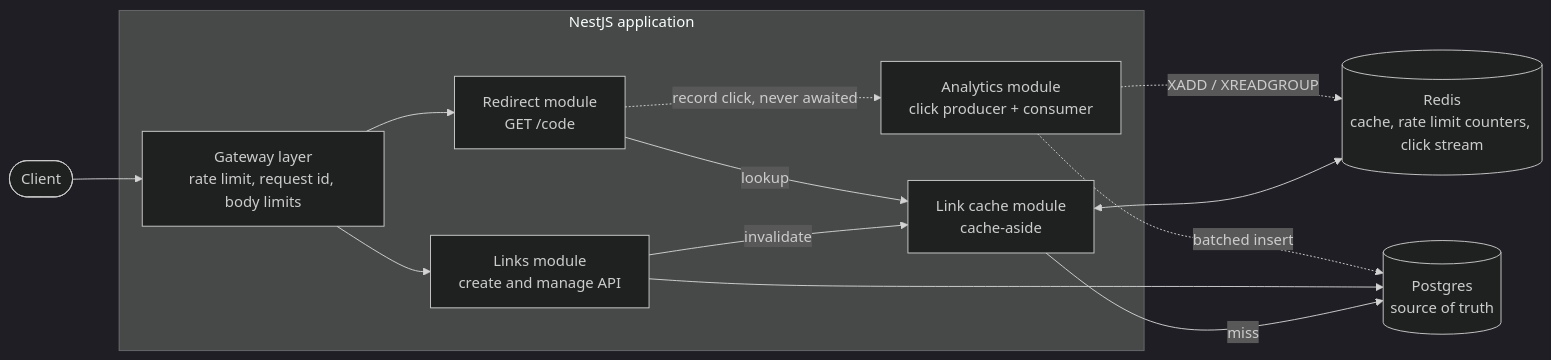
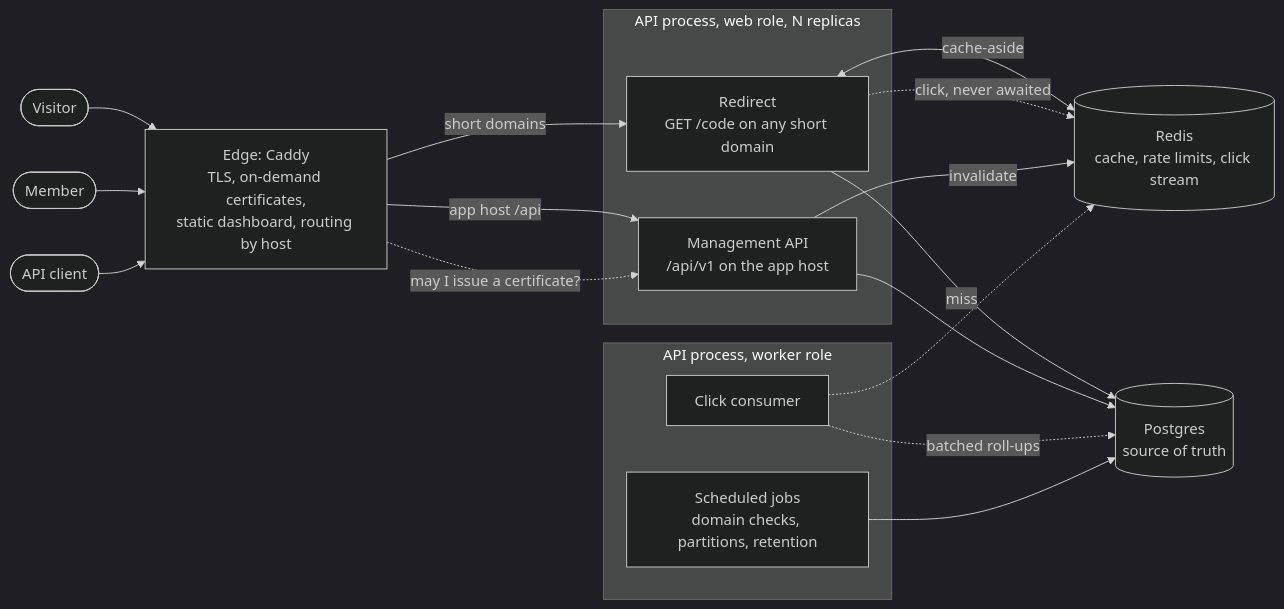
The first of 4 diagrams in docs/PRD.md (3376016376joshua-oss/url-shortener), drawn with Mermaid (dark theme) before and after one commit. The commit also changed other lines of this file and 159 other files, not shown here.

First line of the commit message:
Rescope to a production link management platform: PRD + monorepo foundation (#2)

````diff
--- a/docs/PRD.md
+++ b/docs/PRD.md
@@ -49,23 +71,31 @@
 ```mermaid
 flowchart LR
-  client([Client]) --> gw
+  visitor([Visitor]) --> edge
+  member([Member]) --> edge
+  program([API client]) --> edge
 
-  subgraph app[NestJS application]
-    gw[Gateway layer<br/>rate limit, request id, body limits]
-    links[Links module<br/>create and manage API]
-    redirect[Redirect module<br/>GET /code]
-    cache[Link cache module<br/>cache-aside]
-    analytics[Analytics module<br/>click producer + consumer]
-    gw --> links
-    gw --> redirect
-    links -->|invalidate| cache
-    redirect -->|lookup| cache
-    redirect -.->|record click, never awaited| analytics
+  edge[Edge: Caddy<br/>TLS, on-demand certificates,<br/>static dashboard, routing by host]
+
+  subgraph api[API process, web role, N replicas]
+    redirect[Redirect<br/>GET /code on any short domain]
+    mgmt[Management API<br/>/api/v1 on the app host]
   end
 
-  cache <--> redis[(Redis<br/>cache, rate limit counters, click stream)]
-  cache -->|miss| pg[(Postgres<br/>source of truth)]
-  links --> pg
-  analytics -.->|XADD / XREADGROUP| redis
-  analytics -.->|batched insert| pg
+  subgraph worker[API process, worker role]
+    consumer[Click consumer]
+    jobs[Scheduled jobs<br/>domain checks, partitions, retention]
+  end
+
+  edge -->|short domains| redirect
+  edge -->|app host /api| mgmt
+  edge -.->|may I issue a certificate?| mgmt
+
+  redirect <-->|cache-aside| redis[(Redis<br/>cache, rate limits, click stream)]
+  redirect -->|miss| pg[(Postgres<br/>source of truth)]
+  redirect -.->|click, never awaited| redis
+  mgmt --> pg
+  mgmt -->|invalidate| redis
+  consumer -.-> redis
+  consumer -.->|batched roll-ups| pg
+  jobs --> pg
 ```
````
